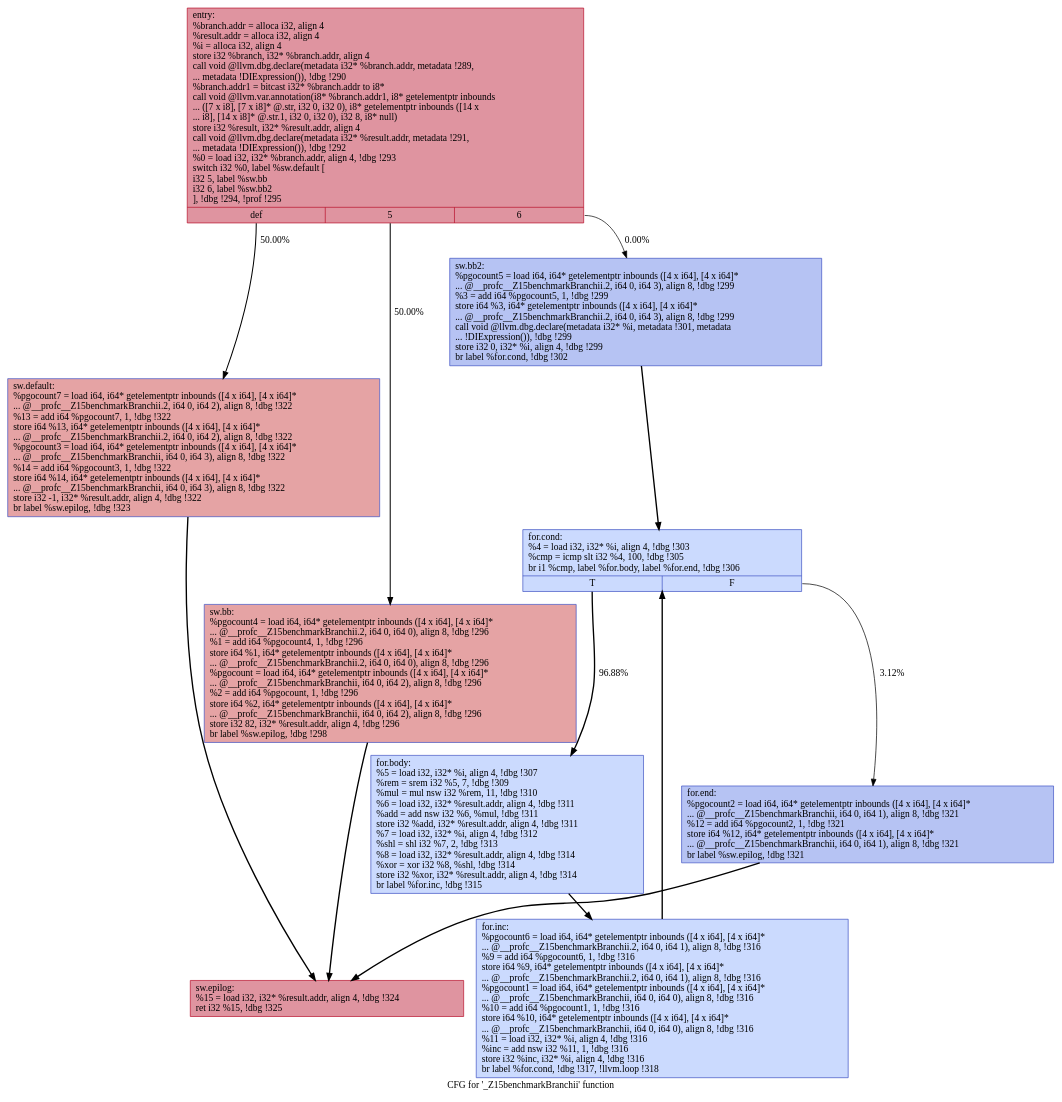
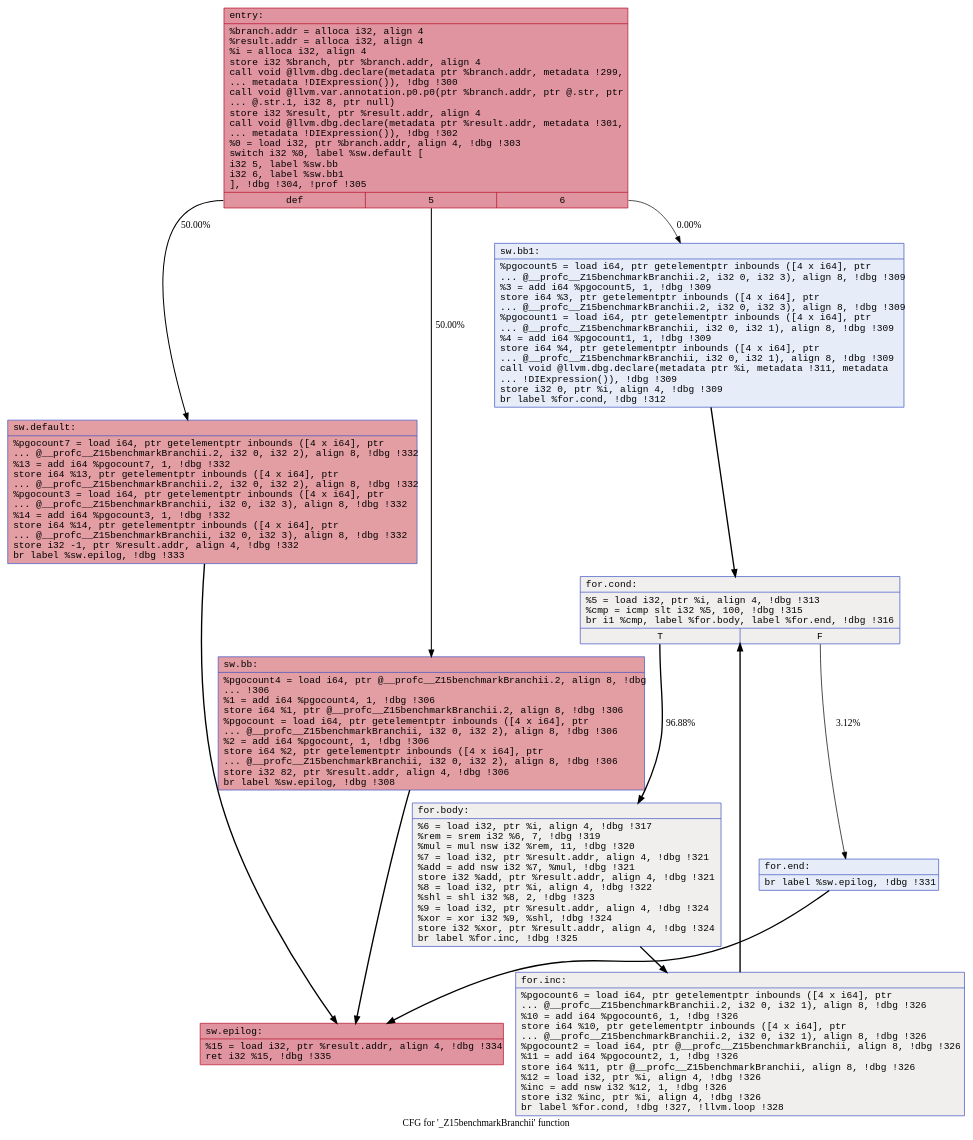
One commit to rudrajyotiroy/mirrormaze changed the diagram in benchmarks/correctness/dot/tmp/._Z15benchmarkBranchii.dot. Above: the diagram before and after it, drawn with Graphviz. The commit also changed 15 other files, not shown here.

```diff
--- a/benchmarks/correctness/dot/tmp/._Z15benchmarkBranchii.dot
+++ b/benchmarks/correctness/dot/tmp/._Z15benchmarkBranchii.dot
@@ -1,24 +1,24 @@
 digraph "CFG for '_Z15benchmarkBranchii' function" {
 	label="CFG for '_Z15benchmarkBranchii' function";
 
-	Node0x5641ddfcadd0 [shape=record,color="#b70d28ff", style=filled, fillcolor="#b70d2870",label="{entry:\l  %branch.addr = alloca i32, align 4\l  %result.addr = alloca i32, align 4\l  %i = alloca i32, align 4\l  store i32 %branch, i32* %branch.addr, align 4\l  call void @llvm.dbg.declare(metadata i32* %branch.addr, metadata !289,\l... metadata !DIExpression()), !dbg !290\l  %branch.addr1 = bitcast i32* %branch.addr to i8*\l  call void @llvm.var.annotation(i8* %branch.addr1, i8* getelementptr inbounds\l... ([7 x i8], [7 x i8]* @.str, i32 0, i32 0), i8* getelementptr inbounds ([14 x\l... i8], [14 x i8]* @.str.1, i32 0, i32 0), i32 8, i8* null)\l  store i32 %result, i32* %result.addr, align 4\l  call void @llvm.dbg.declare(metadata i32* %result.addr, metadata !291,\l... metadata !DIExpression()), !dbg !292\l  %0 = load i32, i32* %branch.addr, align 4, !dbg !293\l  switch i32 %0, label %sw.default [\l    i32 5, label %sw.bb\l    i32 6, label %sw.bb2\l  ], !dbg !294, !prof !295\l|{<s0>def|<s1>5|<s2>6}}"];
-	Node0x5641ddfcadd0:s0 -> Node0x5641ddfcb000[label="50.00%" penwidth=1.50];
-	Node0x5641ddfcadd0:s1 -> Node0x5641ddfcae20[label="50.00%" penwidth=1.50];
-	Node0x5641ddfcadd0:s2 -> Node0x5641ddfcae70[label="0.00%" penwidth=1.00];
-	Node0x5641ddfcae20 [shape=record,color="#3d50c3ff", style=filled, fillcolor="#c32e3170",label="{sw.bb:                                            \l  %pgocount4 = load i64, i64* getelementptr inbounds ([4 x i64], [4 x i64]*\l... @__profc__Z15benchmarkBranchii.2, i64 0, i64 0), align 8, !dbg !296\l  %1 = add i64 %pgocount4, 1, !dbg !296\l  store i64 %1, i64* getelementptr inbounds ([4 x i64], [4 x i64]*\l... @__profc__Z15benchmarkBranchii.2, i64 0, i64 0), align 8, !dbg !296\l  %pgocount = load i64, i64* getelementptr inbounds ([4 x i64], [4 x i64]*\l... @__profc__Z15benchmarkBranchii, i64 0, i64 2), align 8, !dbg !296\l  %2 = add i64 %pgocount, 1, !dbg !296\l  store i64 %2, i64* getelementptr inbounds ([4 x i64], [4 x i64]*\l... @__profc__Z15benchmarkBranchii, i64 0, i64 2), align 8, !dbg !296\l  store i32 82, i32* %result.addr, align 4, !dbg !296\l  br label %sw.epilog, !dbg !298\l}"];
-	Node0x5641ddfcae20 -> Node0x5641ddfcb050[penwidth=2];
-	Node0x5641ddfcae70 [shape=record,color="#3d50c3ff", style=filled, fillcolor="#5977e370",label="{sw.bb2:                                           \l  %pgocount5 = load i64, i64* getelementptr inbounds ([4 x i64], [4 x i64]*\l... @__profc__Z15benchmarkBranchii.2, i64 0, i64 3), align 8, !dbg !299\l  %3 = add i64 %pgocount5, 1, !dbg !299\l  store i64 %3, i64* getelementptr inbounds ([4 x i64], [4 x i64]*\l... @__profc__Z15benchmarkBranchii.2, i64 0, i64 3), align 8, !dbg !299\l  call void @llvm.dbg.declare(metadata i32* %i, metadata !301, metadata\l... !DIExpression()), !dbg !299\l  store i32 0, i32* %i, align 4, !dbg !299\l  br label %for.cond, !dbg !302\l}"];
-	Node0x5641ddfcae70 -> Node0x5641ddfcaec0[penwidth=2];
-	Node0x5641ddfcaec0 [shape=record,color="#3d50c3ff", style=filled, fillcolor="#88abfd70",label="{for.cond:                                         \l  %4 = load i32, i32* %i, align 4, !dbg !303\l  %cmp = icmp slt i32 %4, 100, !dbg !305\l  br i1 %cmp, label %for.body, label %for.end, !dbg !306\l|{<s0>T|<s1>F}}"];
-	Node0x5641ddfcaec0:s0 -> Node0x5641ddfcaf10[label="96.88%" penwidth=1.97];
-	Node0x5641ddfcaec0:s1 -> Node0x5641ddfcafb0[label="3.12%" penwidth=1.03];
-	Node0x5641ddfcaf10 [shape=record,color="#3d50c3ff", style=filled, fillcolor="#88abfd70",label="{for.body:                                         \l  %5 = load i32, i32* %i, align 4, !dbg !307\l  %rem = srem i32 %5, 7, !dbg !309\l  %mul = mul nsw i32 %rem, 11, !dbg !310\l  %6 = load i32, i32* %result.addr, align 4, !dbg !311\l  %add = add nsw i32 %6, %mul, !dbg !311\l  store i32 %add, i32* %result.addr, align 4, !dbg !311\l  %7 = load i32, i32* %i, align 4, !dbg !312\l  %shl = shl i32 %7, 2, !dbg !313\l  %8 = load i32, i32* %result.addr, align 4, !dbg !314\l  %xor = xor i32 %8, %shl, !dbg !314\l  store i32 %xor, i32* %result.addr, align 4, !dbg !314\l  br label %for.inc, !dbg !315\l}"];
-	Node0x5641ddfcaf10 -> Node0x5641ddfcaf60[penwidth=2];
-	Node0x5641ddfcaf60 [shape=record,color="#3d50c3ff", style=filled, fillcolor="#88abfd70",label="{for.inc:                                          \l  %pgocount6 = load i64, i64* getelementptr inbounds ([4 x i64], [4 x i64]*\l... @__profc__Z15benchmarkBranchii.2, i64 0, i64 1), align 8, !dbg !316\l  %9 = add i64 %pgocount6, 1, !dbg !316\l  store i64 %9, i64* getelementptr inbounds ([4 x i64], [4 x i64]*\l... @__profc__Z15benchmarkBranchii.2, i64 0, i64 1), align 8, !dbg !316\l  %pgocount1 = load i64, i64* getelementptr inbounds ([4 x i64], [4 x i64]*\l... @__profc__Z15benchmarkBranchii, i64 0, i64 0), align 8, !dbg !316\l  %10 = add i64 %pgocount1, 1, !dbg !316\l  store i64 %10, i64* getelementptr inbounds ([4 x i64], [4 x i64]*\l... @__profc__Z15benchmarkBranchii, i64 0, i64 0), align 8, !dbg !316\l  %11 = load i32, i32* %i, align 4, !dbg !316\l  %inc = add nsw i32 %11, 1, !dbg !316\l  store i32 %inc, i32* %i, align 4, !dbg !316\l  br label %for.cond, !dbg !317, !llvm.loop !318\l}"];
-	Node0x5641ddfcaf60 -> Node0x5641ddfcaec0[penwidth=2];
-	Node0x5641ddfcafb0 [shape=record,color="#3d50c3ff", style=filled, fillcolor="#5977e370",label="{for.end:                                          \l  %pgocount2 = load i64, i64* getelementptr inbounds ([4 x i64], [4 x i64]*\l... @__profc__Z15benchmarkBranchii, i64 0, i64 1), align 8, !dbg !321\l  %12 = add i64 %pgocount2, 1, !dbg !321\l  store i64 %12, i64* getelementptr inbounds ([4 x i64], [4 x i64]*\l... @__profc__Z15benchmarkBranchii, i64 0, i64 1), align 8, !dbg !321\l  br label %sw.epilog, !dbg !321\l}"];
-	Node0x5641ddfcafb0 -> Node0x5641ddfcb050[penwidth=2];
-	Node0x5641ddfcb000 [shape=record,color="#3d50c3ff", style=filled, fillcolor="#c32e3170",label="{sw.default:                                       \l  %pgocount7 = load i64, i64* getelementptr inbounds ([4 x i64], [4 x i64]*\l... @__profc__Z15benchmarkBranchii.2, i64 0, i64 2), align 8, !dbg !322\l  %13 = add i64 %pgocount7, 1, !dbg !322\l  store i64 %13, i64* getelementptr inbounds ([4 x i64], [4 x i64]*\l... @__profc__Z15benchmarkBranchii.2, i64 0, i64 2), align 8, !dbg !322\l  %pgocount3 = load i64, i64* getelementptr inbounds ([4 x i64], [4 x i64]*\l... @__profc__Z15benchmarkBranchii, i64 0, i64 3), align 8, !dbg !322\l  %14 = add i64 %pgocount3, 1, !dbg !322\l  store i64 %14, i64* getelementptr inbounds ([4 x i64], [4 x i64]*\l... @__profc__Z15benchmarkBranchii, i64 0, i64 3), align 8, !dbg !322\l  store i32 -1, i32* %result.addr, align 4, !dbg !322\l  br label %sw.epilog, !dbg !323\l}"];
-	Node0x5641ddfcb000 -> Node0x5641ddfcb050[penwidth=2];
-	Node0x5641ddfcb050 [shape=record,color="#b70d28ff", style=filled, fillcolor="#b70d2870",label="{sw.epilog:                                        \l  %15 = load i32, i32* %result.addr, align 4, !dbg !324\l  ret i32 %15, !dbg !325\l}"];
+	Node0x55cc093c2080 [shape=record,color="#b70d28ff", style=filled, fillcolor="#b70d2870" fontname="Courier",label="{entry:\l|  %branch.addr = alloca i32, align 4\l  %result.addr = alloca i32, align 4\l  %i = alloca i32, align 4\l  store i32 %branch, ptr %branch.addr, align 4\l  call void @llvm.dbg.declare(metadata ptr %branch.addr, metadata !299,\l... metadata !DIExpression()), !dbg !300\l  call void @llvm.var.annotation.p0.p0(ptr %branch.addr, ptr @.str, ptr\l... @.str.1, i32 8, ptr null)\l  store i32 %result, ptr %result.addr, align 4\l  call void @llvm.dbg.declare(metadata ptr %result.addr, metadata !301,\l... metadata !DIExpression()), !dbg !302\l  %0 = load i32, ptr %branch.addr, align 4, !dbg !303\l  switch i32 %0, label %sw.default [\l    i32 5, label %sw.bb\l    i32 6, label %sw.bb1\l  ], !dbg !304, !prof !305\l|{<s0>def|<s1>5|<s2>6}}"];
+	Node0x55cc093c2080:s0 -> Node0x55cc093c22b0[tooltip="entry -> sw.default\nProbability 50.00%" label="50.00%" penwidth=1.50];
+	Node0x55cc093c2080:s1 -> Node0x55cc093c20d0[tooltip="entry -> sw.bb\nProbability 50.00%" label="50.00%" penwidth=1.50];
+	Node0x55cc093c2080:s2 -> Node0x55cc093c2120[tooltip="entry -> sw.bb1\nProbability 0.00%" label="0.00%" penwidth=1.00];
+	Node0x55cc093c20d0 [shape=record,color="#3d50c3ff", style=filled, fillcolor="#be242e70" fontname="Courier",label="{sw.bb:\l|  %pgocount4 = load i64, ptr @__profc__Z15benchmarkBranchii.2, align 8, !dbg\l... !306\l  %1 = add i64 %pgocount4, 1, !dbg !306\l  store i64 %1, ptr @__profc__Z15benchmarkBranchii.2, align 8, !dbg !306\l  %pgocount = load i64, ptr getelementptr inbounds ([4 x i64], ptr\l... @__profc__Z15benchmarkBranchii, i32 0, i32 2), align 8, !dbg !306\l  %2 = add i64 %pgocount, 1, !dbg !306\l  store i64 %2, ptr getelementptr inbounds ([4 x i64], ptr\l... @__profc__Z15benchmarkBranchii, i32 0, i32 2), align 8, !dbg !306\l  store i32 82, ptr %result.addr, align 4, !dbg !306\l  br label %sw.epilog, !dbg !308\l}"];
+	Node0x55cc093c20d0 -> Node0x55cc093c2300[tooltip="sw.bb -> sw.epilog\nProbability 100.00%" penwidth=2];
+	Node0x55cc093c2120 [shape=record,color="#3d50c3ff", style=filled, fillcolor="#c7d7f070" fontname="Courier",label="{sw.bb1:\l|  %pgocount5 = load i64, ptr getelementptr inbounds ([4 x i64], ptr\l... @__profc__Z15benchmarkBranchii.2, i32 0, i32 3), align 8, !dbg !309\l  %3 = add i64 %pgocount5, 1, !dbg !309\l  store i64 %3, ptr getelementptr inbounds ([4 x i64], ptr\l... @__profc__Z15benchmarkBranchii.2, i32 0, i32 3), align 8, !dbg !309\l  %pgocount1 = load i64, ptr getelementptr inbounds ([4 x i64], ptr\l... @__profc__Z15benchmarkBranchii, i32 0, i32 1), align 8, !dbg !309\l  %4 = add i64 %pgocount1, 1, !dbg !309\l  store i64 %4, ptr getelementptr inbounds ([4 x i64], ptr\l... @__profc__Z15benchmarkBranchii, i32 0, i32 1), align 8, !dbg !309\l  call void @llvm.dbg.declare(metadata ptr %i, metadata !311, metadata\l... !DIExpression()), !dbg !309\l  store i32 0, ptr %i, align 4, !dbg !309\l  br label %for.cond, !dbg !312\l}"];
+	Node0x55cc093c2120 -> Node0x55cc093c2170[tooltip="sw.bb1 -> for.cond\nProbability 100.00%" penwidth=2];
+	Node0x55cc093c2170 [shape=record,color="#3d50c3ff", style=filled, fillcolor="#e0dbd870" fontname="Courier",label="{for.cond:\l|  %5 = load i32, ptr %i, align 4, !dbg !313\l  %cmp = icmp slt i32 %5, 100, !dbg !315\l  br i1 %cmp, label %for.body, label %for.end, !dbg !316\l|{<s0>T|<s1>F}}"];
+	Node0x55cc093c2170:s0 -> Node0x55cc093c21c0[tooltip="for.cond -> for.body\nProbability 96.88%" label="96.88%" penwidth=1.97];
+	Node0x55cc093c2170:s1 -> Node0x55cc093c2260[tooltip="for.cond -> for.end\nProbability 3.12%" label="3.12%" penwidth=1.03];
+	Node0x55cc093c21c0 [shape=record,color="#3d50c3ff", style=filled, fillcolor="#e0dbd870" fontname="Courier",label="{for.body:\l|  %6 = load i32, ptr %i, align 4, !dbg !317\l  %rem = srem i32 %6, 7, !dbg !319\l  %mul = mul nsw i32 %rem, 11, !dbg !320\l  %7 = load i32, ptr %result.addr, align 4, !dbg !321\l  %add = add nsw i32 %7, %mul, !dbg !321\l  store i32 %add, ptr %result.addr, align 4, !dbg !321\l  %8 = load i32, ptr %i, align 4, !dbg !322\l  %shl = shl i32 %8, 2, !dbg !323\l  %9 = load i32, ptr %result.addr, align 4, !dbg !324\l  %xor = xor i32 %9, %shl, !dbg !324\l  store i32 %xor, ptr %result.addr, align 4, !dbg !324\l  br label %for.inc, !dbg !325\l}"];
+	Node0x55cc093c21c0 -> Node0x55cc093c2210[tooltip="for.body -> for.inc\nProbability 100.00%" penwidth=2];
+	Node0x55cc093c2210 [shape=record,color="#3d50c3ff", style=filled, fillcolor="#e0dbd870" fontname="Courier",label="{for.inc:\l|  %pgocount6 = load i64, ptr getelementptr inbounds ([4 x i64], ptr\l... @__profc__Z15benchmarkBranchii.2, i32 0, i32 1), align 8, !dbg !326\l  %10 = add i64 %pgocount6, 1, !dbg !326\l  store i64 %10, ptr getelementptr inbounds ([4 x i64], ptr\l... @__profc__Z15benchmarkBranchii.2, i32 0, i32 1), align 8, !dbg !326\l  %pgocount2 = load i64, ptr @__profc__Z15benchmarkBranchii, align 8, !dbg !326\l  %11 = add i64 %pgocount2, 1, !dbg !326\l  store i64 %11, ptr @__profc__Z15benchmarkBranchii, align 8, !dbg !326\l  %12 = load i32, ptr %i, align 4, !dbg !326\l  %inc = add nsw i32 %12, 1, !dbg !326\l  store i32 %inc, ptr %i, align 4, !dbg !326\l  br label %for.cond, !dbg !327, !llvm.loop !328\l}"];
+	Node0x55cc093c2210 -> Node0x55cc093c2170[tooltip="for.inc -> for.cond\nProbability 100.00%" penwidth=2];
+	Node0x55cc093c2260 [shape=record,color="#3d50c3ff", style=filled, fillcolor="#c7d7f070" fontname="Courier",label="{for.end:\l|  br label %sw.epilog, !dbg !331\l}"];
+	Node0x55cc093c2260 -> Node0x55cc093c2300[tooltip="for.end -> sw.epilog\nProbability 100.00%" penwidth=2];
+	Node0x55cc093c22b0 [shape=record,color="#3d50c3ff", style=filled, fillcolor="#be242e70" fontname="Courier",label="{sw.default:\l|  %pgocount7 = load i64, ptr getelementptr inbounds ([4 x i64], ptr\l... @__profc__Z15benchmarkBranchii.2, i32 0, i32 2), align 8, !dbg !332\l  %13 = add i64 %pgocount7, 1, !dbg !332\l  store i64 %13, ptr getelementptr inbounds ([4 x i64], ptr\l... @__profc__Z15benchmarkBranchii.2, i32 0, i32 2), align 8, !dbg !332\l  %pgocount3 = load i64, ptr getelementptr inbounds ([4 x i64], ptr\l... @__profc__Z15benchmarkBranchii, i32 0, i32 3), align 8, !dbg !332\l  %14 = add i64 %pgocount3, 1, !dbg !332\l  store i64 %14, ptr getelementptr inbounds ([4 x i64], ptr\l... @__profc__Z15benchmarkBranchii, i32 0, i32 3), align 8, !dbg !332\l  store i32 -1, ptr %result.addr, align 4, !dbg !332\l  br label %sw.epilog, !dbg !333\l}"];
+	Node0x55cc093c22b0 -> Node0x55cc093c2300[tooltip="sw.default -> sw.epilog\nProbability 100.00%" penwidth=2];
+	Node0x55cc093c2300 [shape=record,color="#b70d28ff", style=filled, fillcolor="#b70d2870" fontname="Courier",label="{sw.epilog:\l|  %15 = load i32, ptr %result.addr, align 4, !dbg !334\l  ret i32 %15, !dbg !335\l}"];
 }
```
